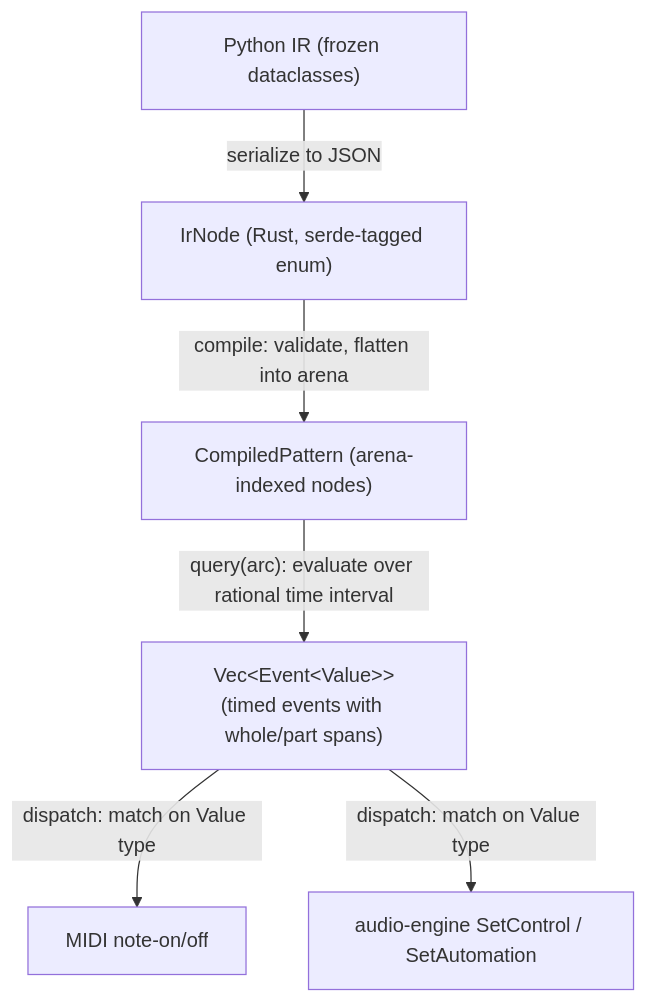
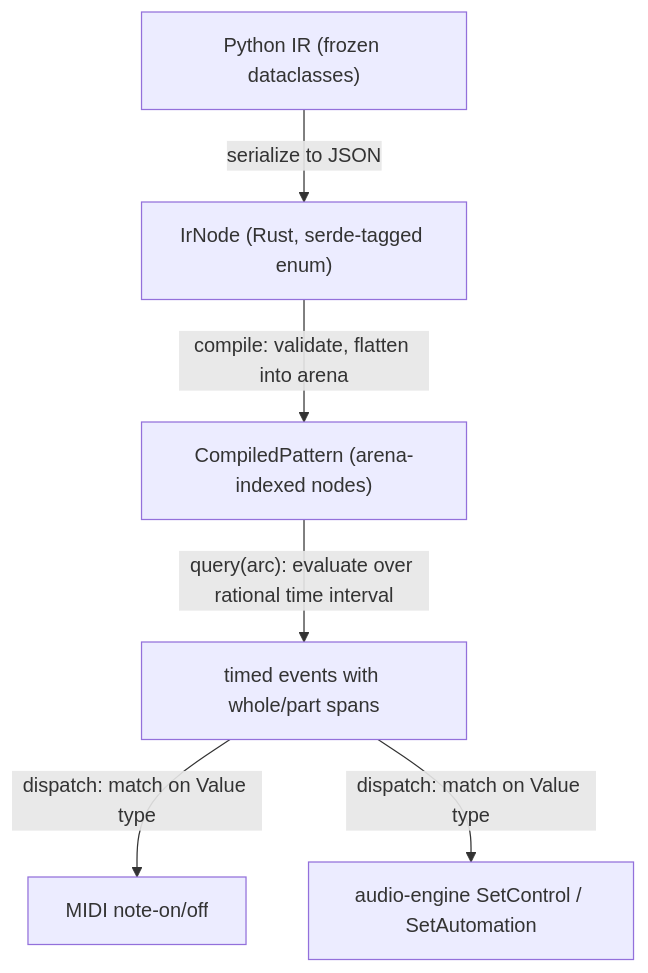
One commit to krachio/noise changed the second of 3 diagrams in docs/docs/architecture.md. Above: the diagram before and after it, drawn with Mermaid.

Commit message:
fix: remove HTML entities from Mermaid diagram labels
Mermaid's default security level in mkdocs-material doesn't render
&lt;/&gt; in node labels. Simplified the label text.

````diff
--- a/docs/docs/architecture.md
+++ b/docs/docs/architecture.md
@@ -60,15 +60,15 @@
 ```mermaid
 graph TD
     PY["Python IR (frozen dataclasses)"]
     IR["IrNode (Rust, serde-tagged enum)"]
     CP["CompiledPattern (arena-indexed nodes)"]
-    EV["Vec&lt;Event&lt;Value&gt;&gt;<br/>(timed events with whole/part spans)"]
+    EV["timed events with whole/part spans"]
     MIDI["MIDI note-on/off"]
     AUDIO["audio-engine SetControl / SetAutomation"]
 
     PY -->|"serialize to JSON"| IR
     IR -->|"compile: validate, flatten into arena"| CP
     CP -->|"query(arc): evaluate over rational time interval"| EV
     EV -->|"dispatch: match on Value type"| MIDI
     EV -->|"dispatch: match on Value type"| AUDIO
 ```
````
